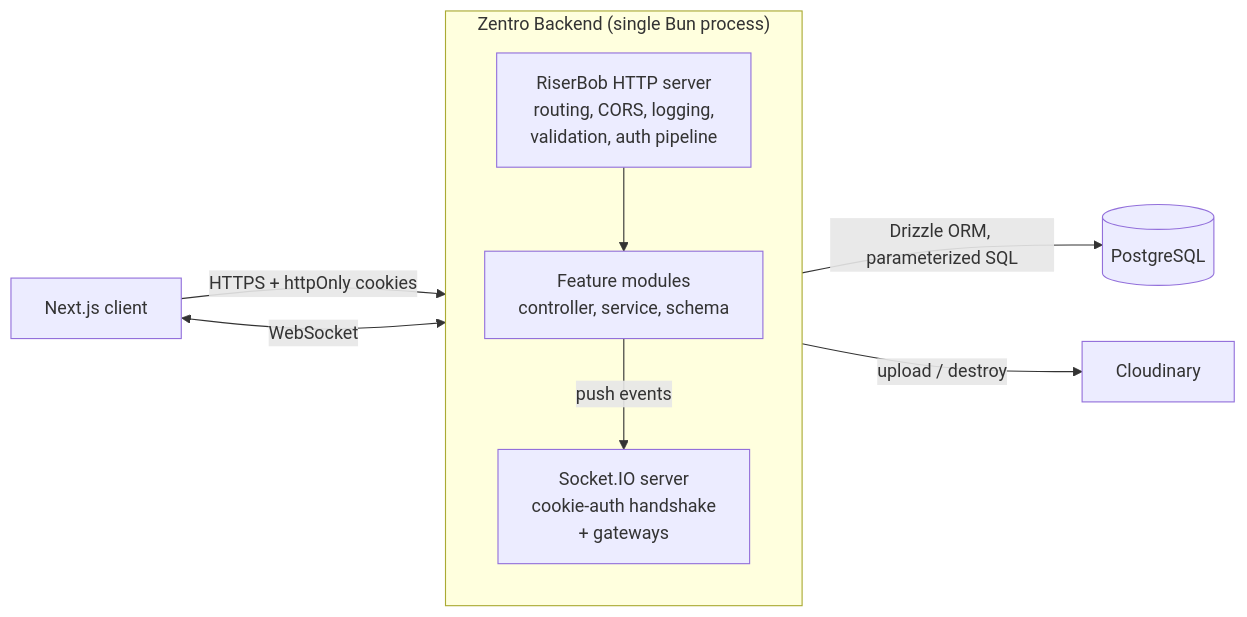
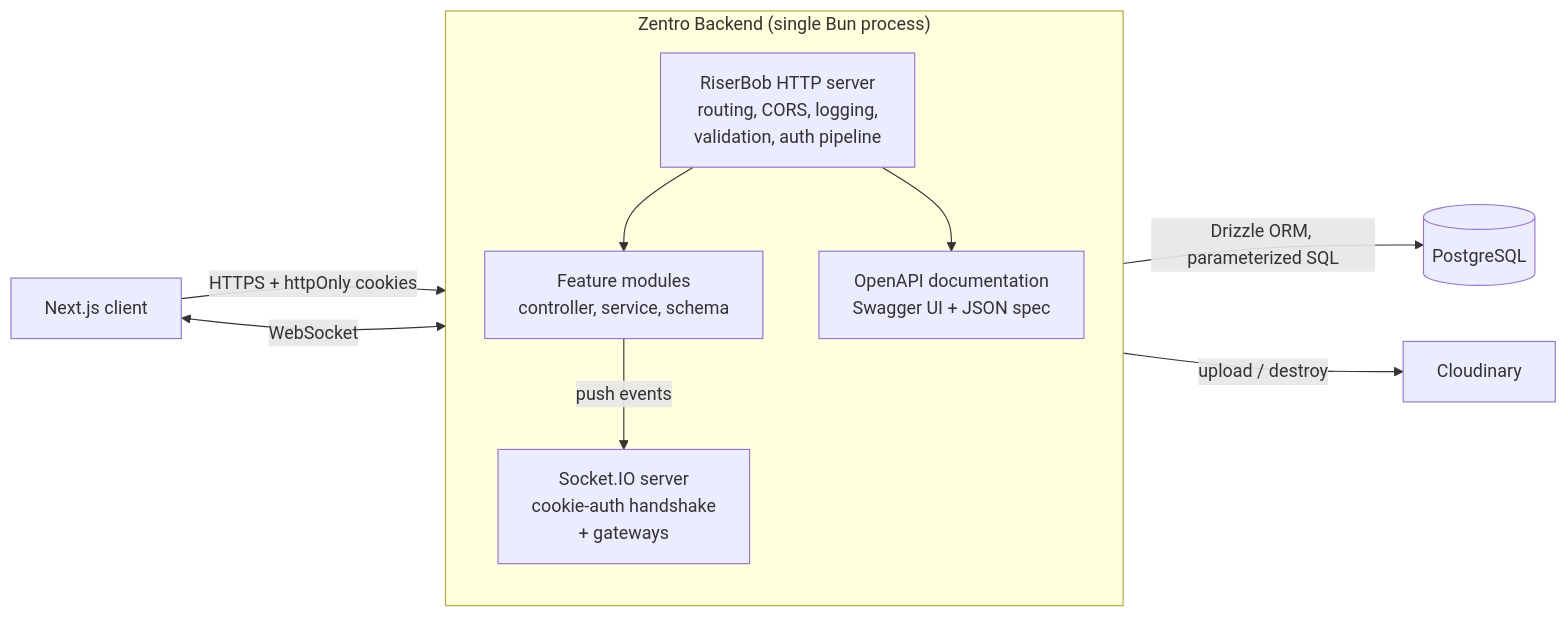
The second of 8 diagrams in README.md (ZenZN99/Zentro-Social-Network), drawn with Mermaid before and after one commit. The commit also changed other lines of this file, not shown here.

Commit message:
📚 docs: update README with OpenAPI documentation

````diff
--- a/README.md
+++ b/README.md
@@ -174,18 +293,20 @@
 ```mermaid
 flowchart LR
   Client["Next.js client"]
 
   subgraph Zentro["Zentro Backend (single Bun process)"]
     direction TB
     API["RiserBob HTTP server<br/>routing, CORS, logging,<br/>validation, auth pipeline"]
     MOD["Feature modules<br/>controller, service, schema"]
     RT["Socket.IO server<br/>cookie-auth handshake<br/>+ gateways"]
+    DOCS["OpenAPI documentation<br/>Swagger UI + JSON spec"]
     API --> MOD
+    API --> DOCS
     MOD -->|"push events"| RT
   end
 
   Client -->|"HTTPS + httpOnly cookies"| API
   Client <-->|"WebSocket"| RT
   MOD -->|"Drizzle ORM, parameterized SQL"| PG[("PostgreSQL")]
   MOD -->|"upload / destroy"| CLD["Cloudinary"]
 ```
````
